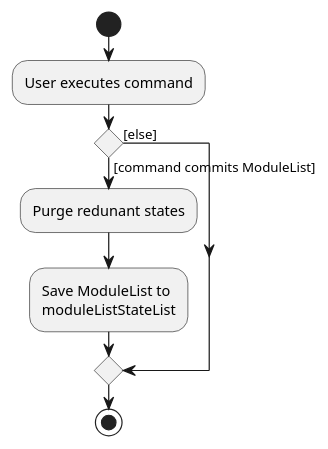
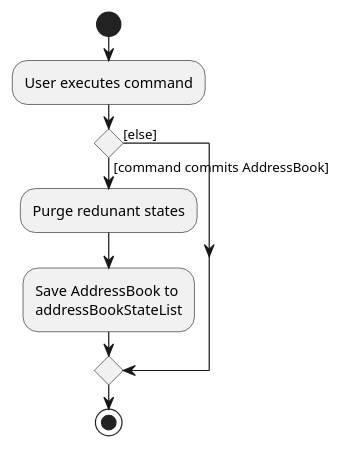
The diagram in docs/diagrams/CommitActivityDiagram.puml (nus-cs2103-AY2021S1/tp), drawn with PlantUML before and after one commit. The commit also changed 198 other files, not shown here.

```diff
--- a/docs/diagrams/CommitActivityDiagram.puml
+++ b/docs/diagrams/CommitActivityDiagram.puml
@@ -1,15 +1,15 @@
 @startuml
 start
 :User executes command;
 
 'Since the beta syntax does not support placing the condition outside the
 'diamond we place it as the true branch instead.
 
-if () then ([command commits ModuleList])
+if () then ([command commits AddressBook])
     :Purge redunant states;
-    :Save ModuleList to
-    moduleListStateList;
+    :Save AddressBook to
+    addressBookStateList;
 else ([else])
 endif
 stop
 @enduml
```
